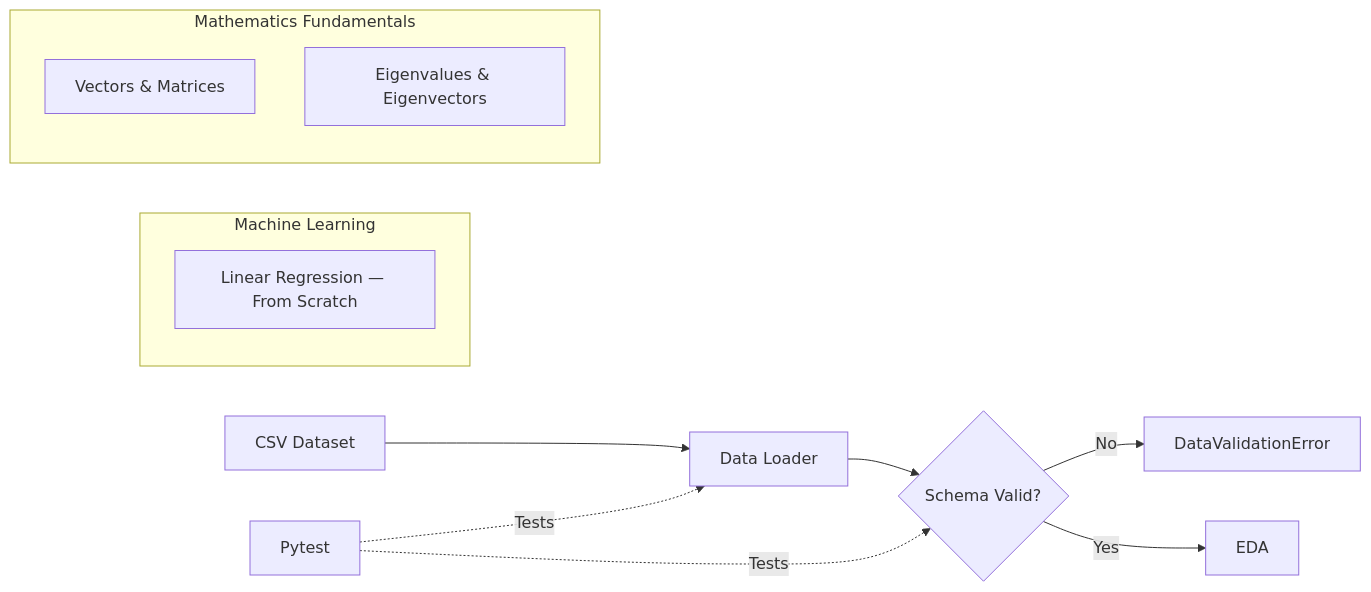
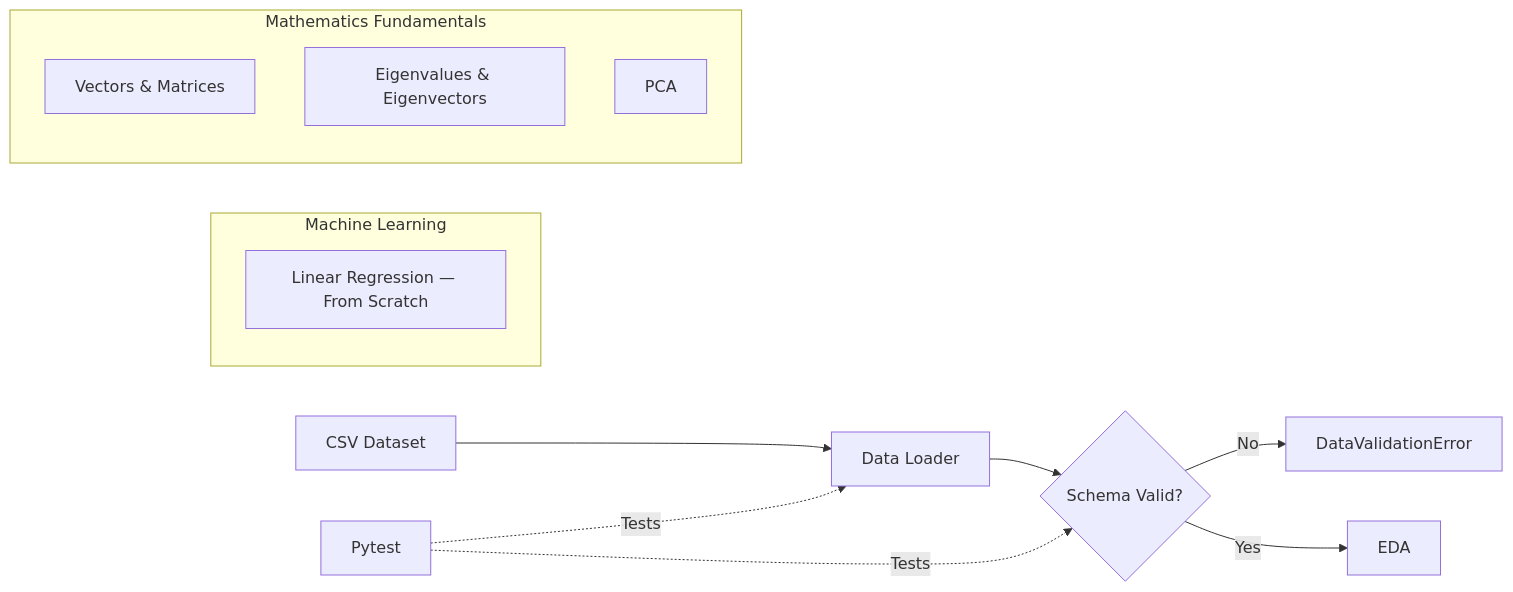
One commit to UUbaidd/ml-foundations-from-sratch changed the diagram in README.md. Above: the diagram before and after it, drawn with Mermaid.

Commit message:
Include PCA in Mathematics Fundamentals
Added PCA to the Mathematics Fundamentals section.

````diff
--- a/README.md
+++ b/README.md
@@ -106,19 +106,20 @@
 ```mermaid
 flowchart LR
     A["CSV Dataset"] --> B["Data Loader"]
     B --> C{"Schema Valid?"}
     C -->|No| D["DataValidationError"]
     C -->|Yes| E["EDA"]
 
     F["Pytest"] -.->|Tests| B
     F -.->|Tests| C
 
     subgraph ML["Machine Learning"]
         G["Linear Regression — From Scratch"]
     end
 
     subgraph MATH["Mathematics Fundamentals"]
         H["Vectors & Matrices"]
         I["Eigenvalues & Eigenvectors"]
+        J["PCA"]
     end
 ```
````
